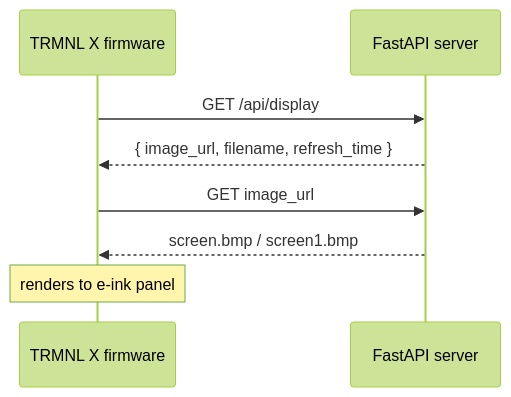
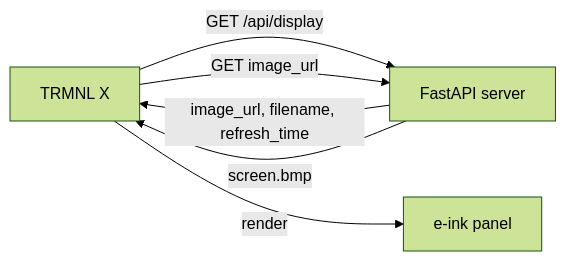
One commit to dcwfz9/derek-engineer changed the diagram in content/posts/trmnl-x-byos-server-setup.md. Above: the diagram before and after it, drawn with Mermaid (forest theme). The commit also changed 1 other file, not shown here.

Commit message:
Fix Mermaid: flowchart instead of sequence, dark mode theme detection

````diff
--- a/content/posts/trmnl-x-byos-server-setup.md
+++ b/content/posts/trmnl-x-byos-server-setup.md
@@ -15,10 +15,8 @@
 ```mermaid
-sequenceDiagram
-    participant F as TRMNL X firmware
-    participant S as FastAPI server
-    F->>S: GET /api/display
-    S-->>F: { image_url, filename, refresh_time }
-    F->>S: GET image_url
-    S-->>F: screen.bmp / screen1.bmp
-    Note over F: renders to e-ink panel
+flowchart LR
+    F[TRMNL X] -->|GET /api/display| S[FastAPI server]
+    S -->|image_url, filename, refresh_time| F
+    F -->|GET image_url| S
+    S -->|screen.bmp| F
+    F -->|render| E[e-ink panel]
 ```
````
